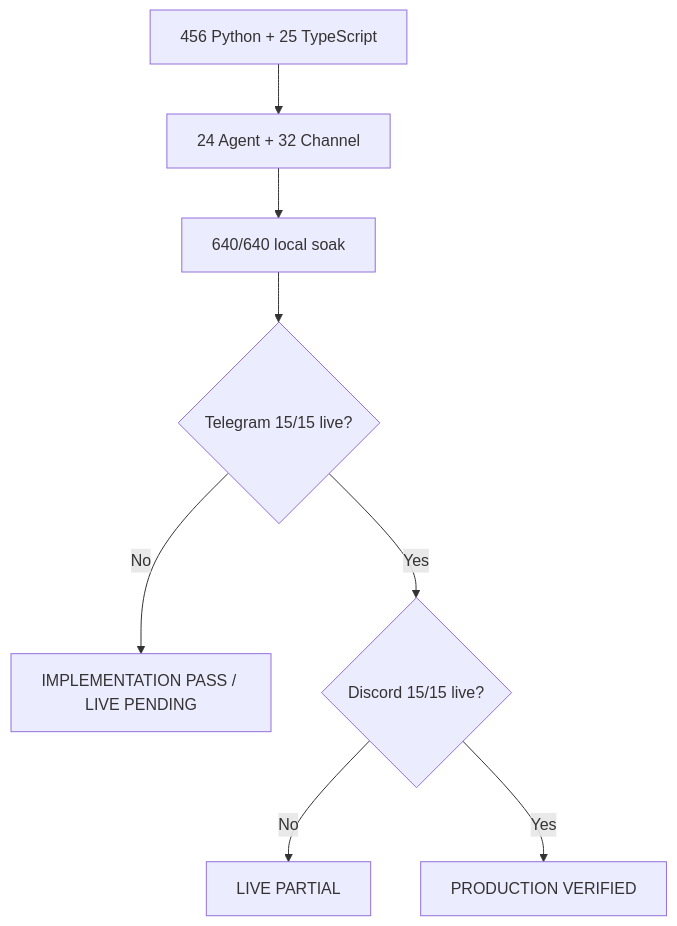
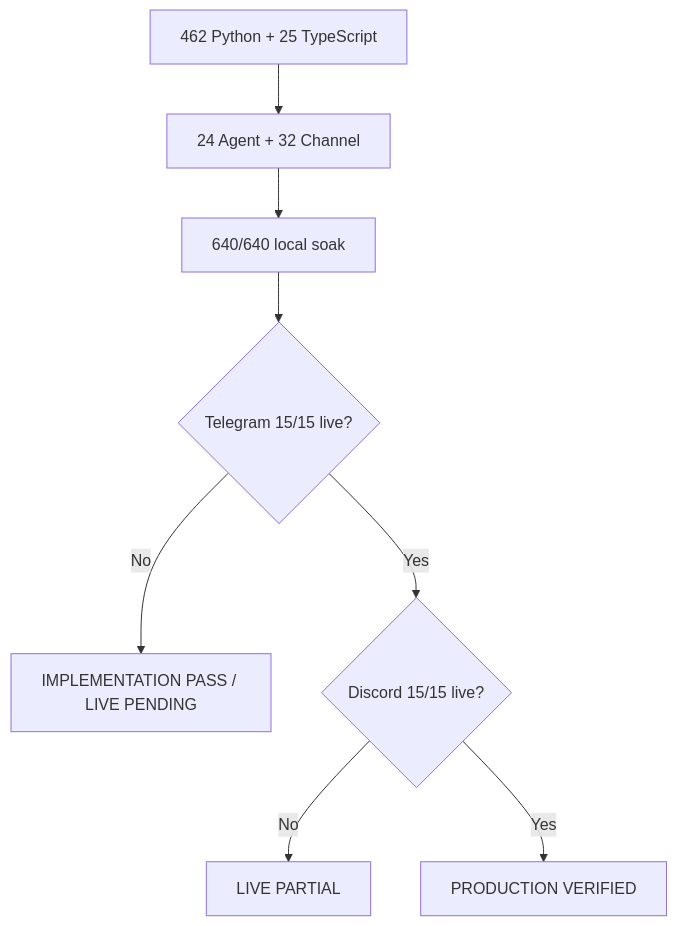
The second of 2 diagrams in docs/engineering/phase-5/testing-and-live-acceptance.md (NEDONION/lobster0), drawn with Mermaid before and after one commit. The commit also changed other lines of this file and 17 other files, not shown here.

````diff
--- a/docs/engineering/phase-5/testing-and-live-acceptance.md
+++ b/docs/engineering/phase-5/testing-and-live-acceptance.md
@@ -205,10 +205,10 @@
 ```mermaid
 flowchart TD
-    A["456 Python + 25 TypeScript"] --> B["24 Agent + 32 Channel"]
+    A["462 Python + 25 TypeScript"] --> B["24 Agent + 32 Channel"]
     B --> C["640/640 local soak"]
     C --> D{"Telegram 15/15 live?"}
     D -->|"No"| P["IMPLEMENTATION PASS / LIVE PENDING"]
     D -->|"Yes"| E{"Discord 15/15 live?"}
     E -->|"No"| L["LIVE PARTIAL"]
     E -->|"Yes"| V["PRODUCTION VERIFIED"]
 ```
````
